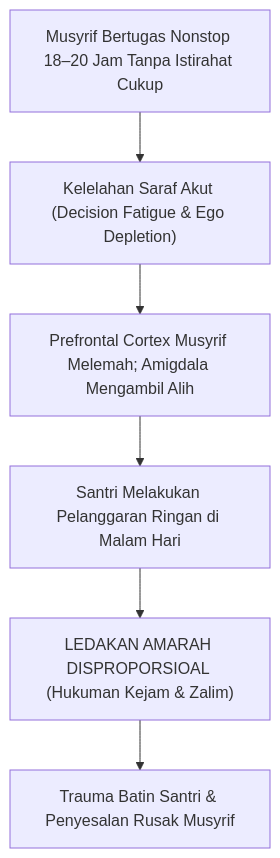
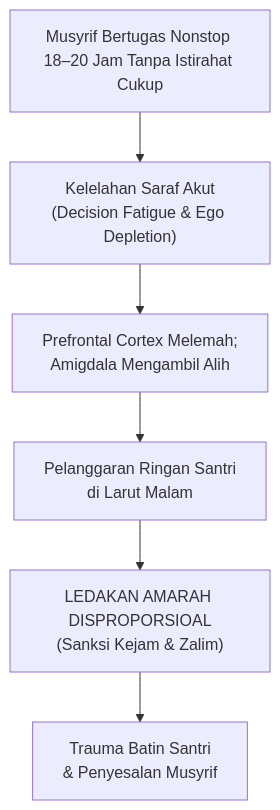
One commit to wandiapriliyandi/tumbuh changed the first of 4 diagrams in BOOK Series 1/01-The-Fundamental-of-TUMBUH/Bab-09-Tata-Kelola-Epistemik-dan-Etika-Pengambilan-Keputusan.md. Above: the diagram before and after it, drawn with Mermaid. The commit also changed other lines of this file and 37 other files, not shown here.

Commit message:
fix(book-01): optimasi pemenggalan teks dan overflow seluruh diagram serta render ulang 20 PDF

````diff
--- a/BOOK Series 1/01-The-Fundamental-of-TUMBUH/Bab-09-Tata-Kelola-Epistemik-dan-Etika-Pengambilan-Keputusan.md
+++ b/BOOK Series 1/01-The-Fundamental-of-TUMBUH/Bab-09-Tata-Kelola-Epistemik-dan-Etika-Pengambilan-Keputusan.md
@@ -25,8 +25,8 @@
 ```mermaid
 graph TD
-    A["Musyrif Bertugas Nonstop 18–20 Jam Tanpa Istirahat Cukup"] --> B["Kelelahan Saraf Akut (Decision Fatigue & Ego Depletion)"]
-    B --> C["Prefrontal Cortex Musyrif Melemah; Amigdala Mengambil Alih"]
-    C --> D["Santri Melakukan Pelanggaran Ringan di Malam Hari"]
-    D --> E["LEDAKAN AMARAH DISPROPORSIOAL (Hukuman Kejam & Zalim)"]
-    E --> F["Trauma Batin Santri & Penyesalan Rusak Musyrif"]
+    A["Musyrif Bertugas Nonstop 18–20 Jam Tanpa Istirahat Cukup"] --> B["Kelelahan Saraf Akut<br/>(Decision Fatigue & Ego Depletion)"]
+    B --> C["Prefrontal Cortex Melemah;<br/>Amigdala Mengambil Alih"]
+    C --> D["Pelanggaran Ringan Santri<br/>di Larut Malam"]
+    D --> E["LEDAKAN AMARAH DISPROPORSIOAL<br/>(Sanksi Kejam & Zalim)"]
+    E --> F["Trauma Batin Santri<br/>& Penyesalan Musyrif"]
 ```
````
